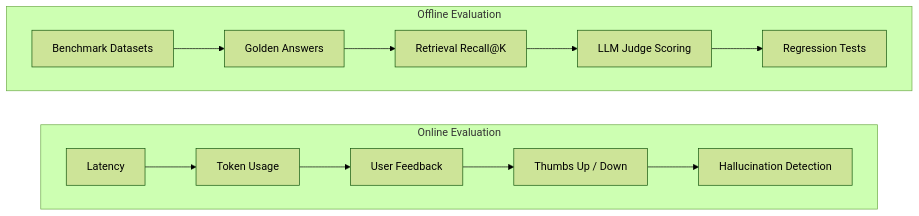
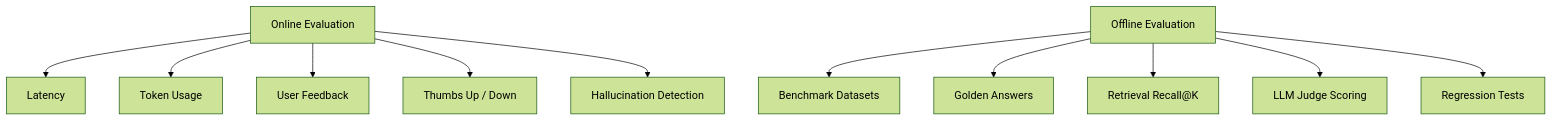
One commit to taixingbi/chat-bot-docs changed the second of 2 diagrams in README.md. Above: the diagram before and after it, drawn with Mermaid (forest theme).

Commit message:
Revise Test/Eval Diagram in README
Updated the evaluation flow diagram to include both online and offline evaluation processes.

````diff
--- a/README.md
+++ b/README.md
@@ -26,13 +26,18 @@
 ```mermaid
-flowchart LR
+flowchart TD
 
-subgraph Online Evaluation
-direction LR
-B1[Latency] --> B2[Token Usage] --> B3[User Feedback] --> B4[Thumbs Up / Down] --> B5[Hallucination Detection]
-end
+B[Online Evaluation]
+C[Offline Evaluation]
 
-subgraph Offline Evaluation
-direction LR
-C1[Benchmark Datasets] --> C2[Golden Answers] --> C3[Retrieval Recall@K] --> C4[LLM Judge Scoring] --> C5[Regression Tests]
-end
+B --> B1[Latency]
+B --> B2[Token Usage]
+B --> B3[User Feedback]
+B --> B4[Thumbs Up / Down]
+B --> B5[Hallucination Detection]
+
+C --> C1[Benchmark Datasets]
+C --> C2[Golden Answers]
+C --> C3[Retrieval Recall@K]
+C --> C4[LLM Judge Scoring]
+C --> C5[Regression Tests]
 ```
````
